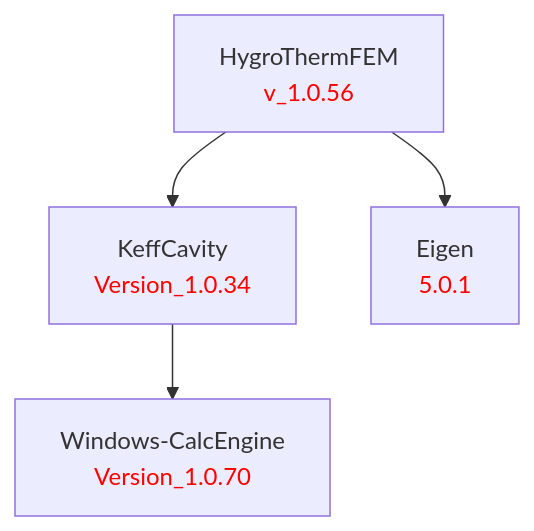
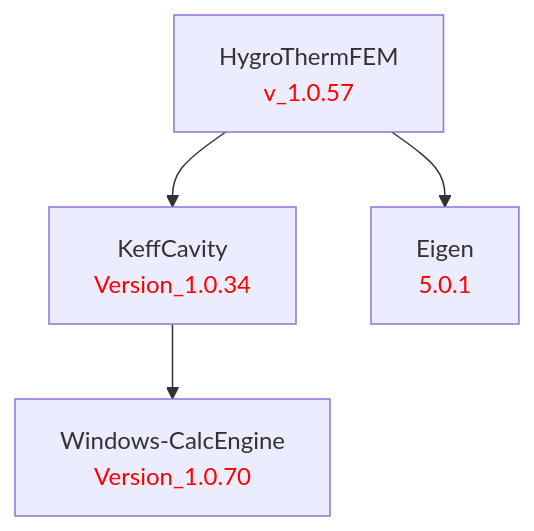
One commit to LBNL-ETA/HygroThermFEM changed the diagram in doc/HygroThermFEM.md. Above: the diagram before and after it, drawn with Mermaid. The commit also changed 7 other files, not shown here.

````diff
--- a/doc/HygroThermFEM.md
+++ b/doc/HygroThermFEM.md
@@ -1,13 +1,13 @@
 ```mermaid
 graph TD
     %% Package definitions
-    HygroThermFEM[HygroThermFEM<br/><font color='red'>v_1.0.56</font>]
+    HygroThermFEM[HygroThermFEM<br/><font color='red'>v_1.0.57</font>]
     KeffCavity[KeffCavity<br/><font color='red'>Version_1.0.34</font>]
     Eigen[Eigen<br/><font color='red'>5.0.1</font>]
     WindowsCalcEngine[Windows-CalcEngine<br/><font color='red'>Version_1.0.70</font>]
 
     %% Package relations
     HygroThermFEM --> KeffCavity
     HygroThermFEM --> Eigen
     KeffCavity --> WindowsCalcEngine
 ```
````
